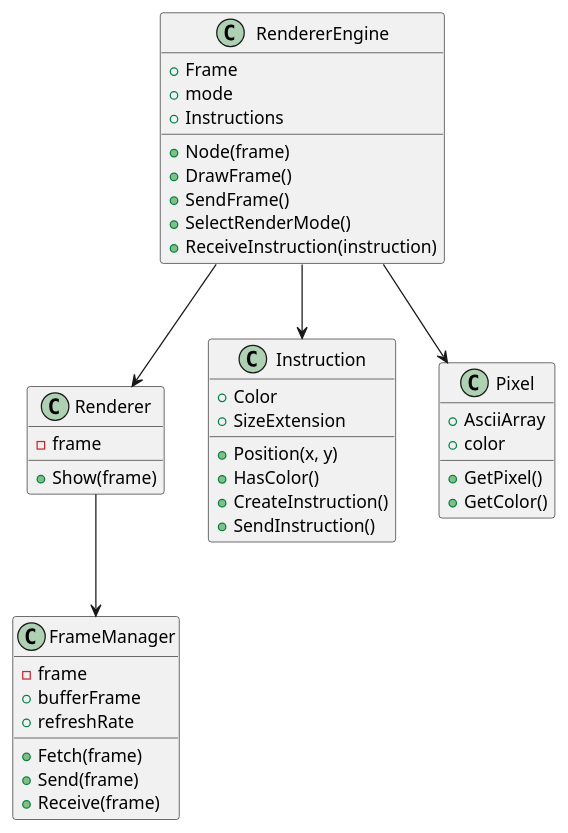
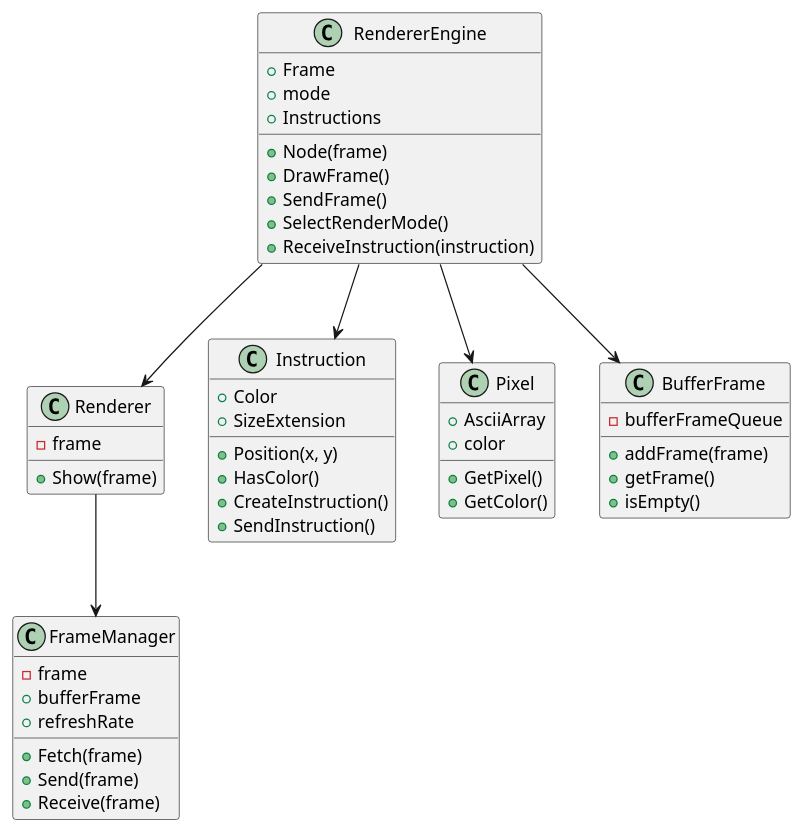
The diagram in diagram.puml (Iansaucedo/ExamenEdaI), drawn with PlantUML before and after one commit. The commit also changed 2 other files, not shown here.

```diff
--- a/diagram.puml
+++ b/diagram.puml
@@ -1,48 +1,55 @@
 @startuml
 class Renderer {
     -frame
     +Show(frame)
 }
 
 class FrameManager {
     -frame
     +bufferFrame
     +refreshRate
     +Fetch(frame)
     +Send(frame)
     +Receive(frame)
-   
 }
 
 class RendererEngine {
     +Node(frame)
     +Frame
     +mode
     +Instructions
     +DrawFrame()
     +SendFrame()
     +SelectRenderMode()
     +ReceiveInstruction(instruction)
 }
 
 class Instruction {
     +Color
     +SizeExtension
     +Position(x, y)
     +HasColor()
     +CreateInstruction()
     +SendInstruction()
 }
 
 class Pixel {
     +AsciiArray
     +color
     +GetPixel()
     +GetColor()
 }
 
+class BufferFrame {
+    -bufferFrameQueue
+    +addFrame(frame)
+    +getFrame()
+    +isEmpty()
+}
+
 Renderer --> FrameManager
 RendererEngine --> Renderer
 RendererEngine --> Instruction
 RendererEngine --> Pixel
+RendererEngine --> BufferFrame
 @enduml
```
